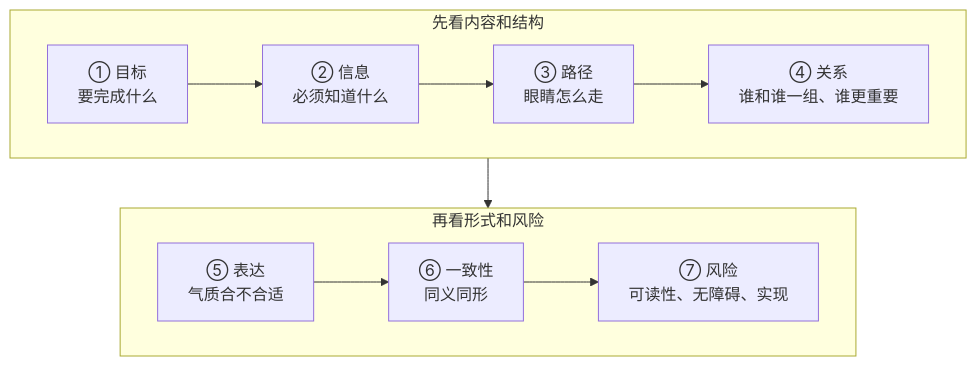
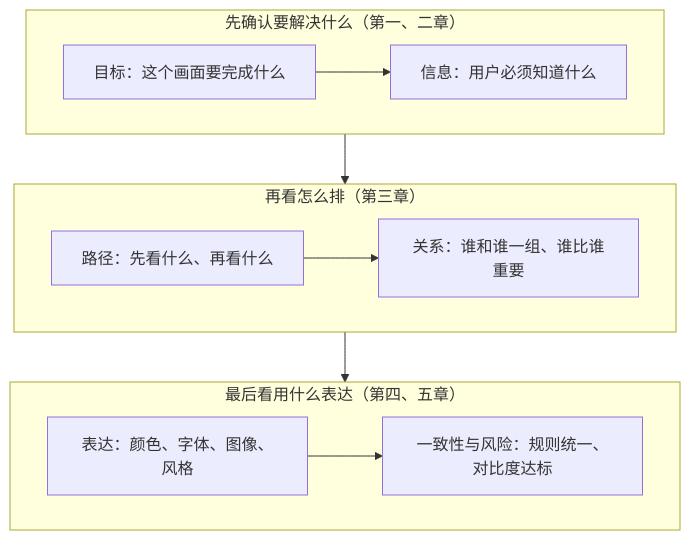
The first of 4 diagrams in skills/study-guide/examples/visual-design-basics/output/guide.md (antonailog/skills), drawn with Mermaid before and after one commit. The commit also changed other lines of this file and 11 other files, not shown here.

````diff
--- a/skills/study-guide/examples/visual-design-basics/output/guide.md
+++ b/skills/study-guide/examples/visual-design-basics/output/guide.md
@@ -79,12 +11,16 @@
 ```mermaid
 flowchart TD
-    subgraph r1 ["先看内容和结构"]
+    subgraph r1 ["先确认要解决什么（第一、二章）"]
         direction LR
-        A["① 目标<br/>要完成什么"] --> B["② 信息<br/>必须知道什么"] --> C["③ 路径<br/>眼睛怎么走"] --> D["④ 关系<br/>谁和谁一组、谁更重要"]
+        A["目标：这个画面要完成什么"] --> B["信息：用户必须知道什么"]
     end
-    subgraph r2 ["再看形式和风险"]
+    subgraph r2 ["再看怎么排（第三章）"]
         direction LR
-        E["⑤ 表达<br/>气质合不合适"] --> F["⑥ 一致性<br/>同义同形"] --> G["⑦ 风险<br/>可读性、无障碍、实现"]
+        C["路径：先看什么、再看什么"] --> D["关系：谁和谁一组、谁比谁重要"]
     end
-    r1 --> r2
+    subgraph r3 ["最后看用什么表达（第四、五章）"]
+        direction LR
+        E["表达：颜色、字体、图像、风格"] --> F["一致性与风险：规则统一、对比度达标"]
+    end
+    r1 --> r2 --> r3
 ```
````
